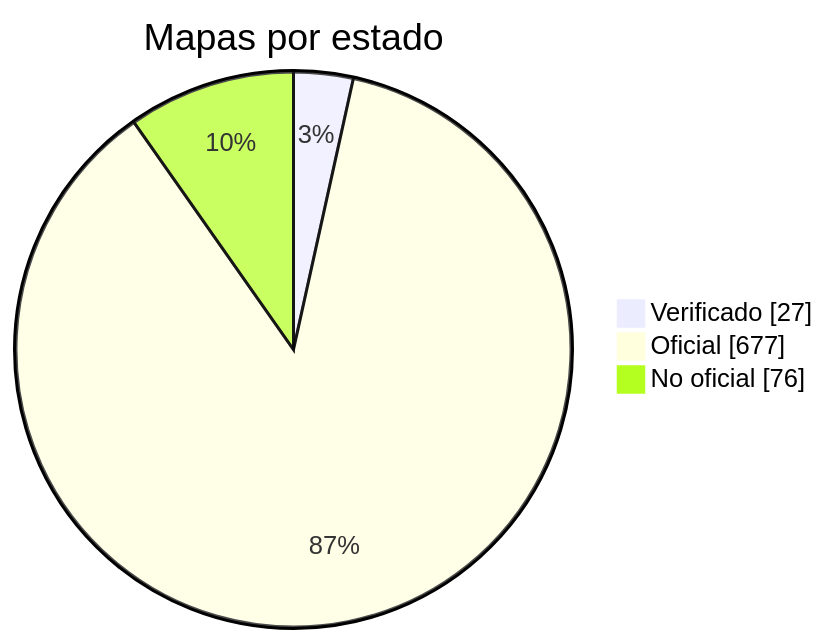
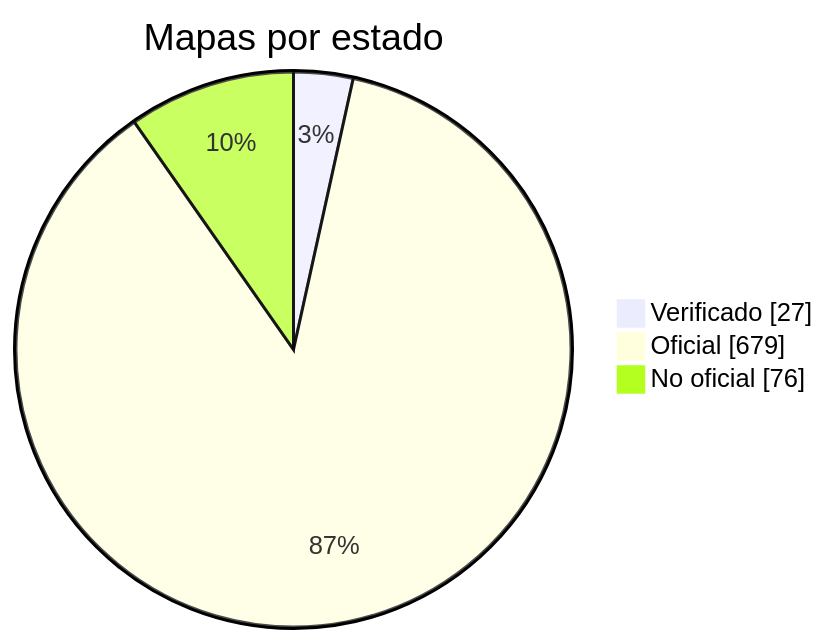
One commit to nobrega8/mbmap-library changed the diagram in docs/readme/README_ES.md. Above: the diagram before and after it, drawn with Mermaid. The commit also changed 7 other files, not shown here.

````diff
--- a/docs/readme/README_ES.md
+++ b/docs/readme/README_ES.md
@@ -54,7 +54,7 @@
 ```mermaid
 pie showData
     title Mapas por estado
     "Verificado" : 27
-    "Oficial" : 677
+    "Oficial" : 679
     "No oficial" : 76
 ```
````
